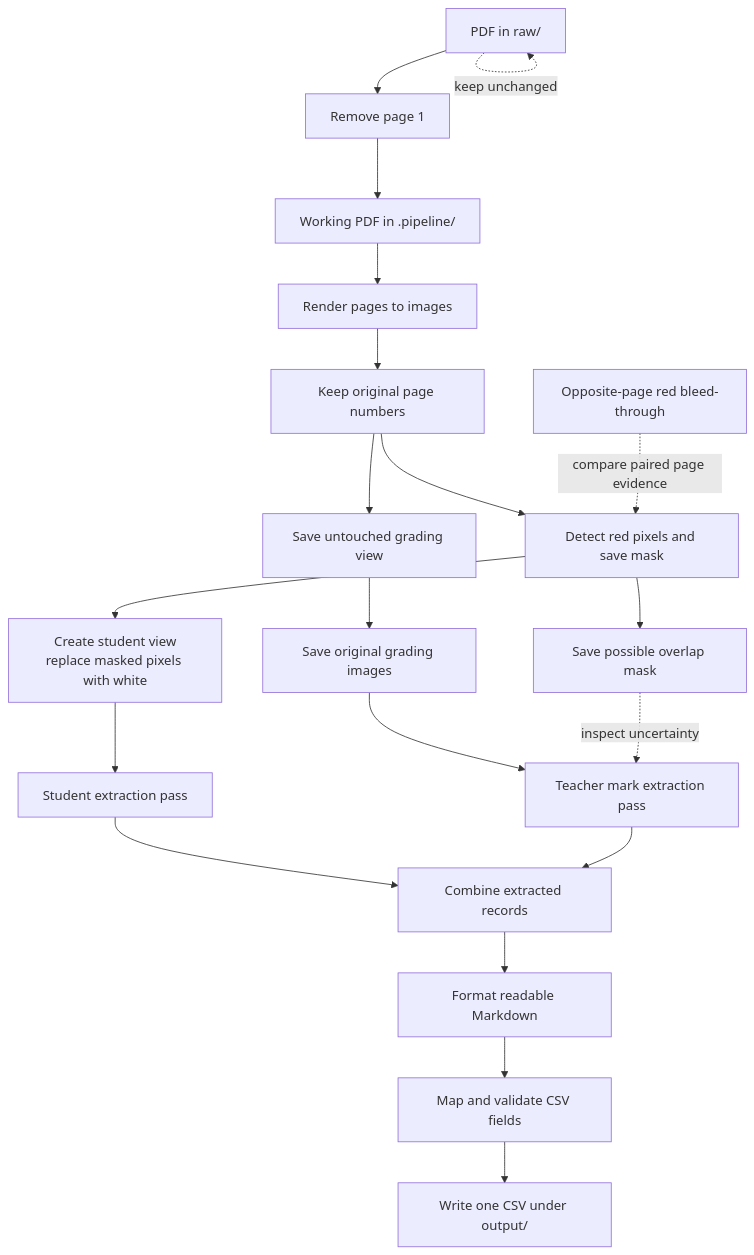
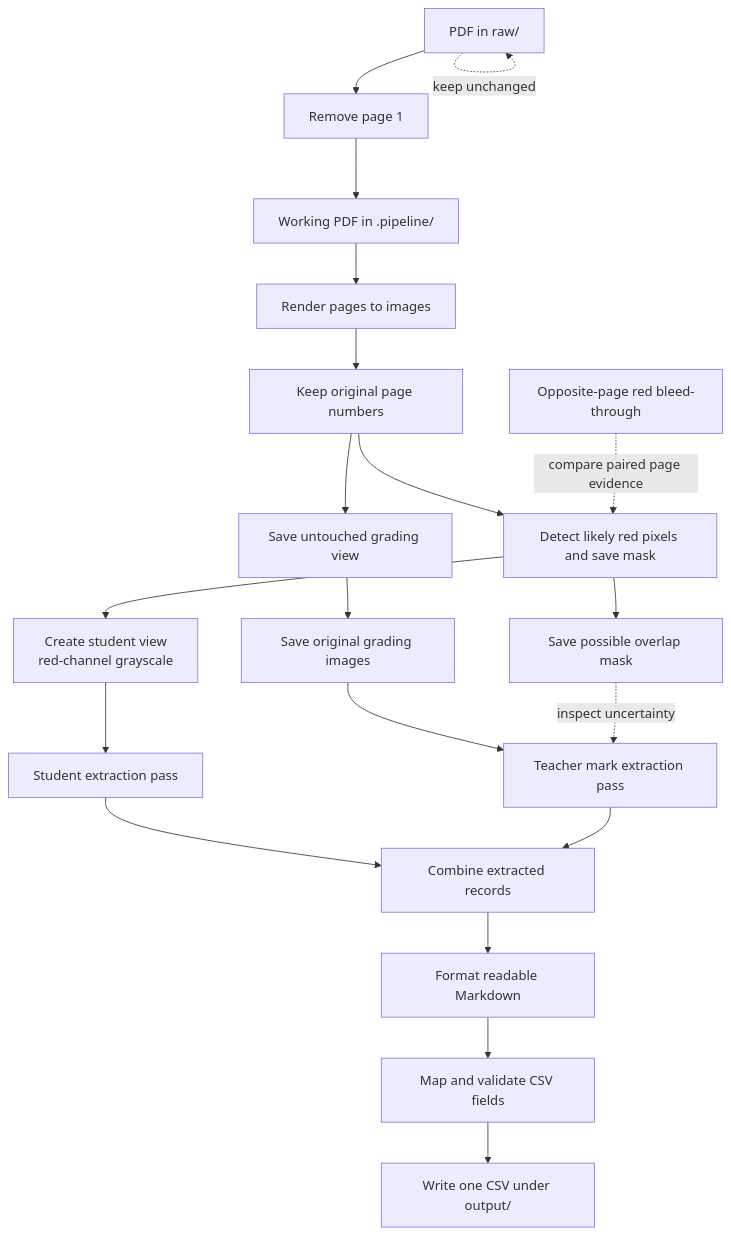
The diagram in docs/pipeline-flow.md (PrameKung/capstone-pipeline-pdf-to-dataset), drawn with Mermaid before and after one commit. The commit also changed 6 other files, not shown here.

Commit message:
Use red-channel grayscale for student views

````diff
--- a/docs/pipeline-flow.md
+++ b/docs/pipeline-flow.md
@@ -5,24 +5,24 @@
 ```mermaid
 flowchart TD
     A[PDF in raw/] --> B[Remove page 1]
     A -. keep unchanged .-> A
     B --> C[Working PDF in .pipeline/]
     C --> D[Render pages to images]
     D --> E[Keep original page numbers]
     E --> F[Save untouched grading view]
-    E --> G[Detect red pixels and save mask]
+    E --> G[Detect likely red pixels and save mask]
     F --> H[Save original grading images]
-    G --> I[Create student view<br/>replace masked pixels with white]
+    G --> I[Create student view<br/>red-channel grayscale]
     G --> J[Save possible overlap mask]
 
     I --> K[Student extraction pass]
     H --> L[Teacher mark extraction pass]
     K --> M[Combine extracted records]
     L --> M
     M --> N[Format readable Markdown]
     N --> O[Map and validate CSV fields]
     O --> P[Write one CSV under output/]
 
     Q[Opposite-page red bleed-through] -. compare paired page evidence .-> G
     J -. inspect uncertainty .-> L
 ```
````
